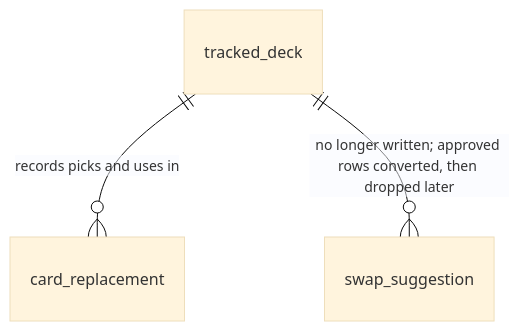
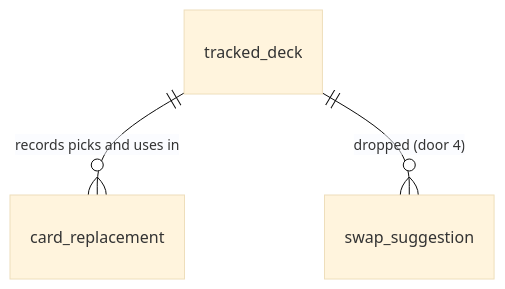
Before and after one commit to leopoldo8/rathe-arsenal: the diagram in .specs/features/swaps-into-alternatives/plan.md, drawn with Mermaid (base theme). The commit also changed other lines of this file, not shown here.

````diff
--- a/.specs/features/swaps-into-alternatives/plan.md
+++ b/.specs/features/swaps-into-alternatives/plan.md
@@ -48,5 +49,5 @@
 ```mermaid
 erDiagram
     tracked_deck ||--o{ card_replacement : "records picks and uses in"
-    tracked_deck ||--o{ swap_suggestion : "no longer written; approved rows converted, then dropped later"
+    tracked_deck ||--o{ swap_suggestion : "dropped (door 4)"
 ```
````
